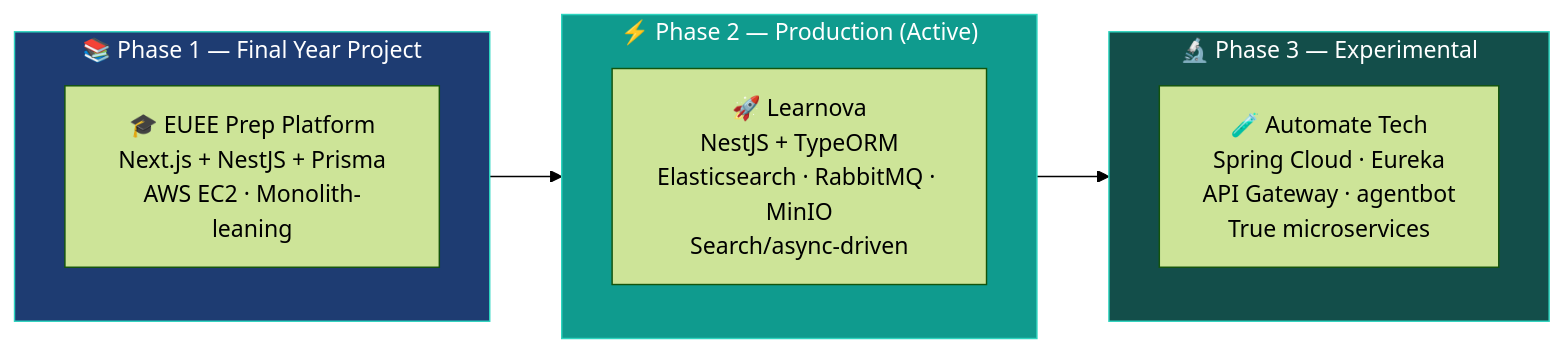
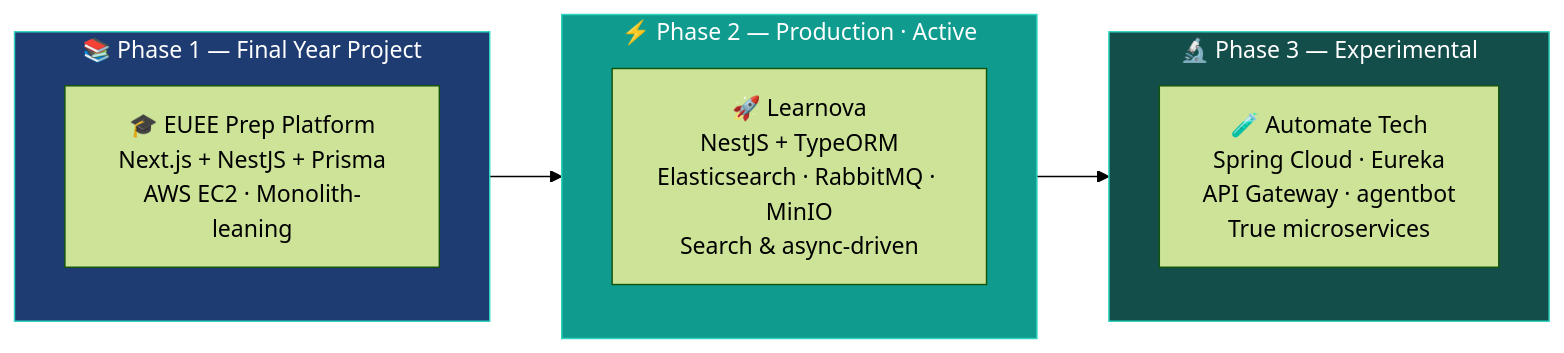
The diagram in README.md (kiyaeh/kiyaeh), drawn with Mermaid (forest theme) before and after one commit. The commit also changed other lines of this file and 4 other files, not shown here.

````diff
--- a/README.md
+++ b/README.md
@@ -94,18 +97,18 @@
 ```mermaid
 flowchart LR
     subgraph P1["📚 Phase 1 — Final Year Project"]
         A["🎓 EUEE Prep Platform\nNext.js + NestJS + Prisma\nAWS EC2 · Monolith-leaning"]
     end
-    subgraph P2["⚡ Phase 2 — Production (Active)"]
-        B["🚀 Learnova\nNestJS + TypeORM\nElasticsearch · RabbitMQ · MinIO\nSearch/async-driven"]
+    subgraph P2["⚡ Phase 2 — Production · Active"]
+        B["🚀 Learnova\nNestJS + TypeORM\nElasticsearch · RabbitMQ · MinIO\nSearch & async-driven"]
     end
     subgraph P3["🔬 Phase 3 — Experimental"]
         C["🧪 Automate Tech\nSpring Cloud · Eureka\nAPI Gateway · agentbot\nTrue microservices"]
     end
 
     P1 --> P2 --> P3
 
     style P1 fill:#1e3c72,stroke:#2DD4BF,color:#fff
     style P2 fill:#0f9b8e,stroke:#2DD4BF,color:#fff
     style P3 fill:#134e4a,stroke:#2DD4BF,color:#fff
 ```
````
